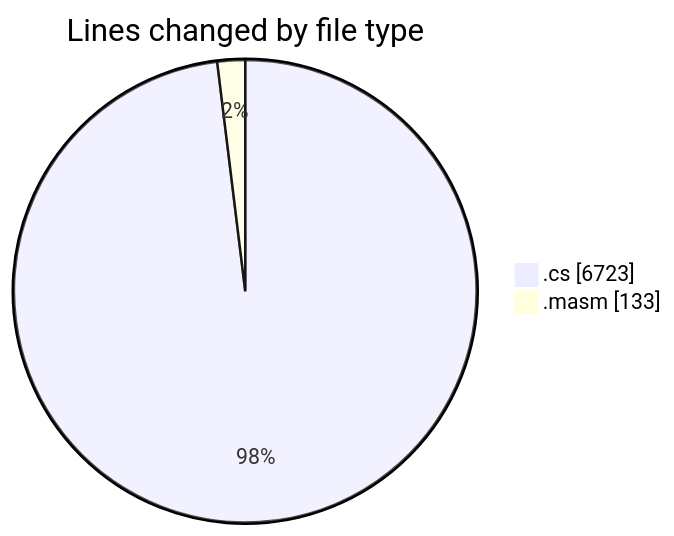
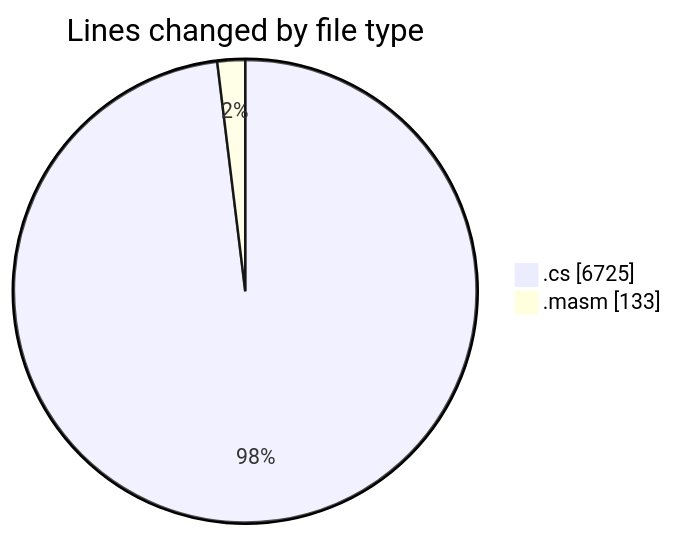
Before and after one commit to charlie-sans/code-tracking: the first of 2 diagrams in 2025-03-17/sharpmasm/README.md, drawn with Mermaid. The commit also changed other lines of this file and 1 other file, not shown here.

````diff
--- a/2025-03-17/sharpmasm/README.md
+++ b/2025-03-17/sharpmasm/README.md
@@ -30,6 +30,6 @@
 ```mermaid
 pie showData
 title Lines changed by file type
-".cs" : 6723
+".cs" : 6725
 ".masm" : 133
 ```
````
